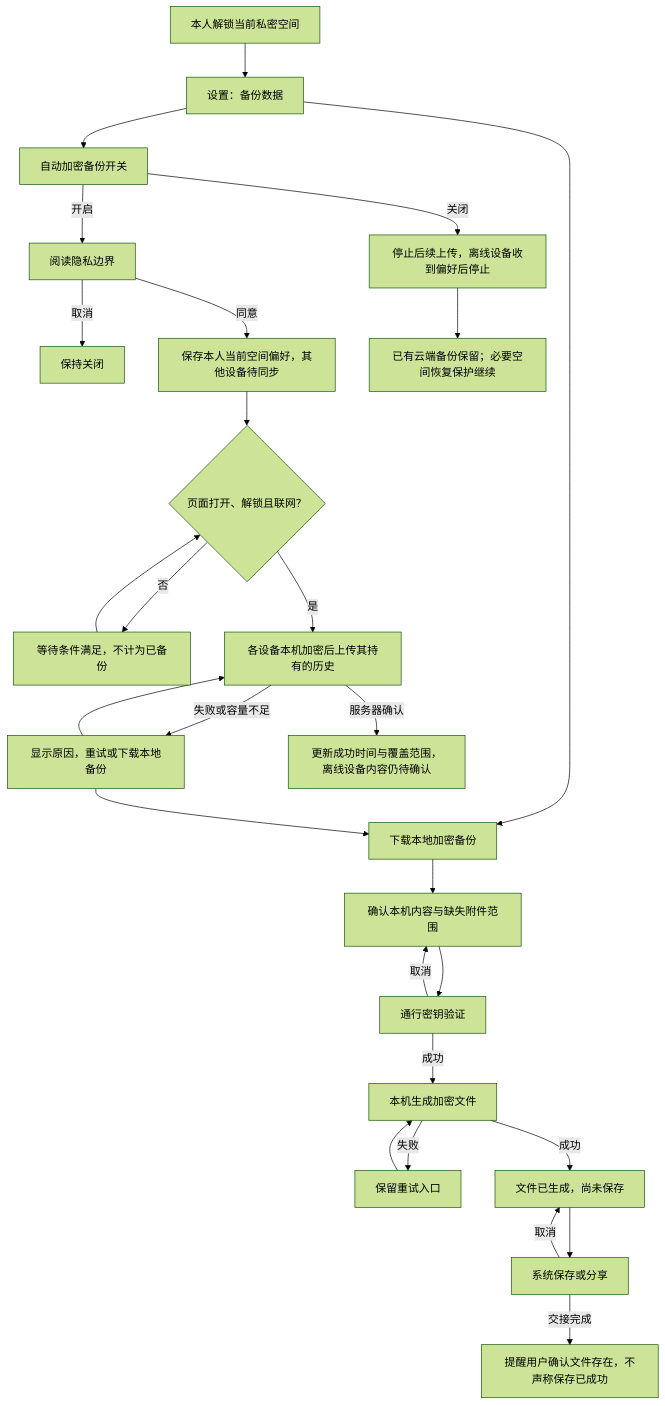
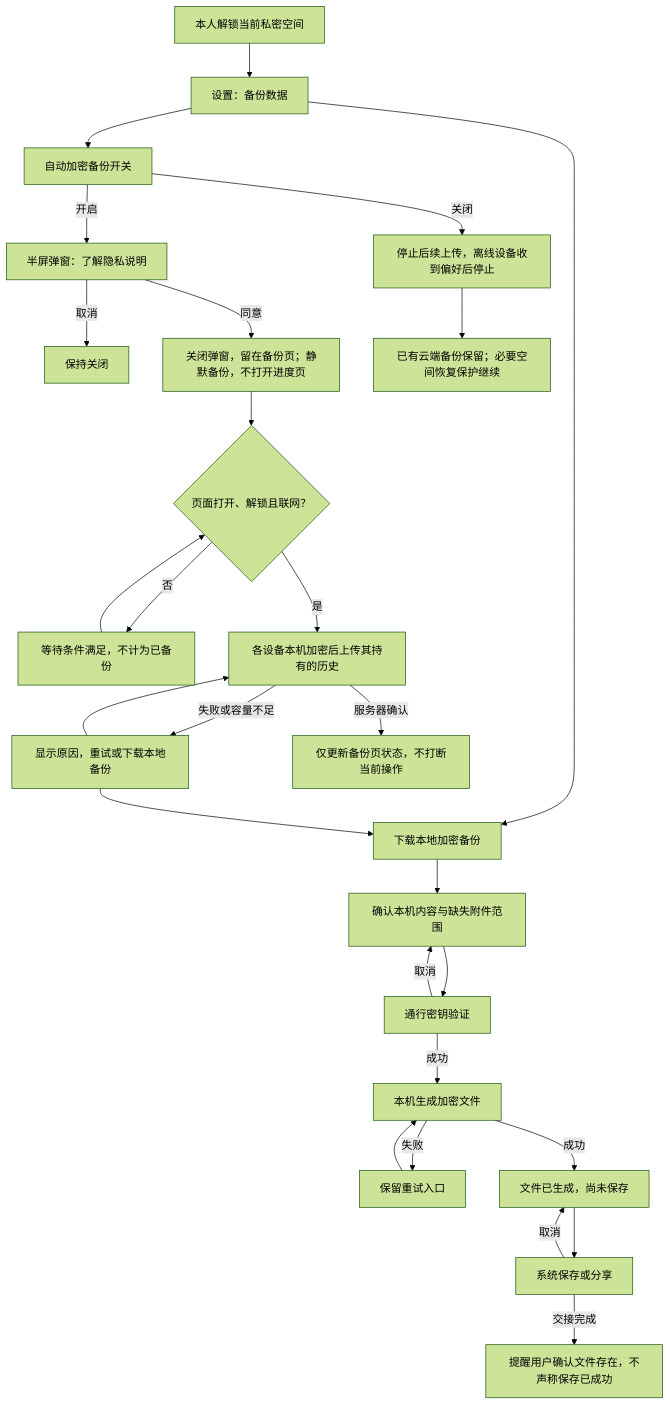
One commit to zdaiwmm/shui-IM changed the first of 3 diagrams in docs/requirements/2026-09-28-backup-recovery/flow.md. Above: the diagram before and after it, drawn with Mermaid (forest theme). The commit also changed other lines of this file and 5 other files, not shown here.

````diff
--- a/docs/requirements/2026-09-28-backup-recovery/flow.md
+++ b/docs/requirements/2026-09-28-backup-recovery/flow.md
@@ -7,29 +7,29 @@
 ```mermaid
 flowchart TD
   A["本人解锁当前私密空间"] --> B["设置：备份数据"]
   B --> L["下载本地加密备份"]
   L --> LS["确认本机内容与缺失附件范围"]
   LS --> LA["通行密钥验证"]
   LA -->|"成功"| LG["本机生成加密文件"]
   LA -->|"取消"| LS
   LG -->|"失败"| LR["保留重试入口"]
   LR --> LG
   LG -->|"成功"| LF["文件已生成，尚未保存"]
   LF --> OS["系统保存或分享"]
   OS -->|"取消"| LF
   OS -->|"交接完成"| LC["提醒用户确认文件存在，不声称保存已成功"]
   B --> C["自动加密备份开关"]
-  C -->|"开启"| P["阅读隐私边界"]
+  C -->|"开启"| P["半屏弹窗：了解隐私说明"]
   P -->|"取消"| OFF["保持关闭"]
-  P -->|"同意"| ON["保存本人当前空间偏好，其他设备待同步"]
+  P -->|"同意"| ON["关闭弹窗，留在备份页；静默备份，不打开进度页"]
   ON --> READY{"页面打开、解锁且联网？"}
   READY -->|"否"| WAIT["等待条件满足，不计为已备份"]
   WAIT --> READY
   READY -->|"是"| U["各设备本机加密后上传其持有的历史"]
   U -->|"失败或容量不足"| E["显示原因，重试或下载本地备份"]
   E --> U
   E --> L
-  U -->|"服务器确认"| S["更新成功时间与覆盖范围，离线设备内容仍待确认"]
+  U -->|"服务器确认"| S["仅更新备份页状态，不打断当前操作"]
   C -->|"关闭"| STOP["停止后续上传，离线设备收到偏好后停止"]
   STOP --> KEEP["已有云端备份保留；必要空间恢复保护继续"]
 ```
````
